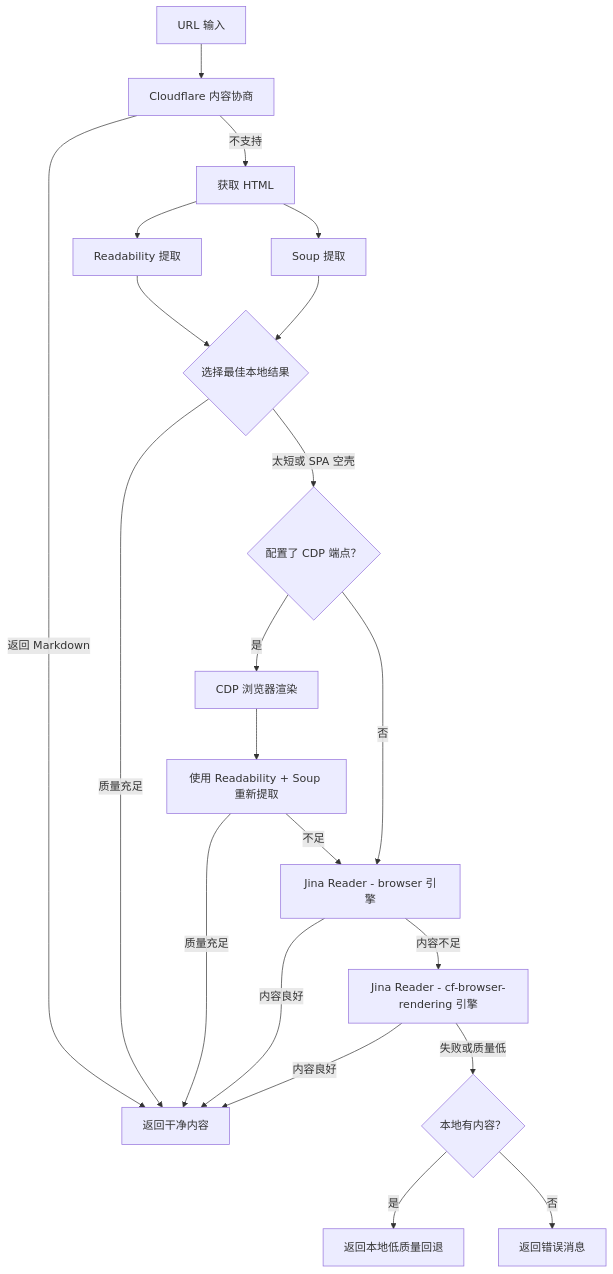
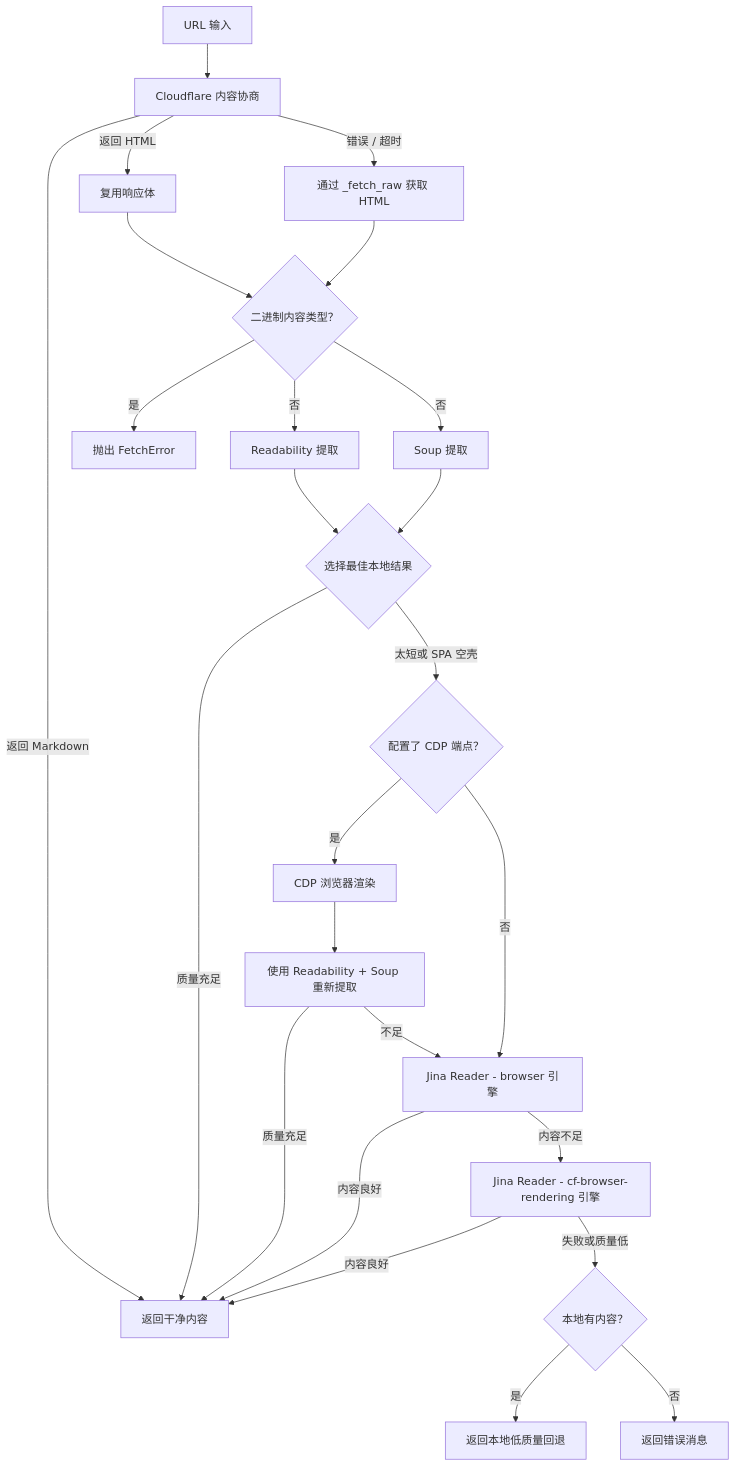
The diagram in docs/tools/websearch/web_fetch_tool.md (Oaklight/toolregistry-hub), drawn with Mermaid before and after one commit. The commit also changed other lines of this file and 1 other file, not shown here.

Commit message:
docs(zh): 更新 changelog 和 fetch 工具文档 (#132)
- changelog: 添加响应复用和二进制 MIME 拦截条目
- web_fetch_tool: 更新策略链描述、流程图、技术限制，
  反映响应体复用和二进制内容拒绝行为

````diff
--- a/docs/tools/websearch/web_fetch_tool.md
+++ b/docs/tools/websearch/web_fetch_tool.md
@@ -93,22 +95,26 @@
 ```mermaid
 flowchart TD
     A[URL 输入] --> B[Cloudflare 内容协商]
     B -->|返回 Markdown| Z[返回干净内容]
-    B -->|不支持| C[获取 HTML]
-    C --> D[Readability 提取]
-    C --> E[Soup 提取]
+    B -->|返回 HTML| REUSE[复用响应体]
+    B -->|错误 / 超时| C[通过 _fetch_raw 获取 HTML]
+    REUSE --> BIN{二进制内容类型？}
+    C --> BIN
+    BIN -->|是| ERR[抛出 FetchError]
+    BIN -->|否| D[Readability 提取]
+    BIN -->|否| E[Soup 提取]
     D & E --> F{选择最佳本地结果}
     F -->|质量充足| Z
     F -->|太短或 SPA 空壳| CDP{配置了 CDP 端点？}
     CDP -->|是| CDP1[CDP 浏览器渲染]
     CDP1 --> CDP2[使用 Readability + Soup 重新提取]
     CDP2 -->|质量充足| Z
     CDP2 -->|不足| G[Jina Reader - browser 引擎]
     CDP -->|否| G
     G -->|内容良好| Z
     G -->|内容不足| G2[Jina Reader - cf-browser-rendering 引擎]
     G2 -->|内容良好| Z
     G2 -->|失败或质量低| H{本地有内容？}
     H -->|是| I[返回本地低质量回退]
     H -->|否| J[返回错误消息]
 ```
````
